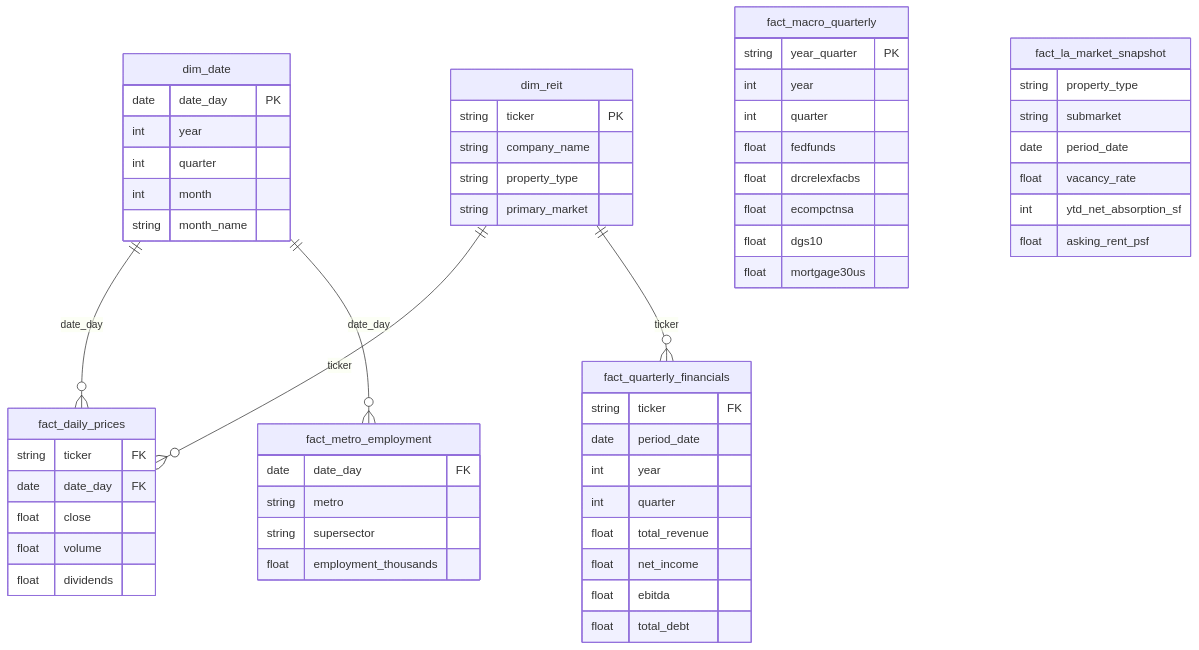
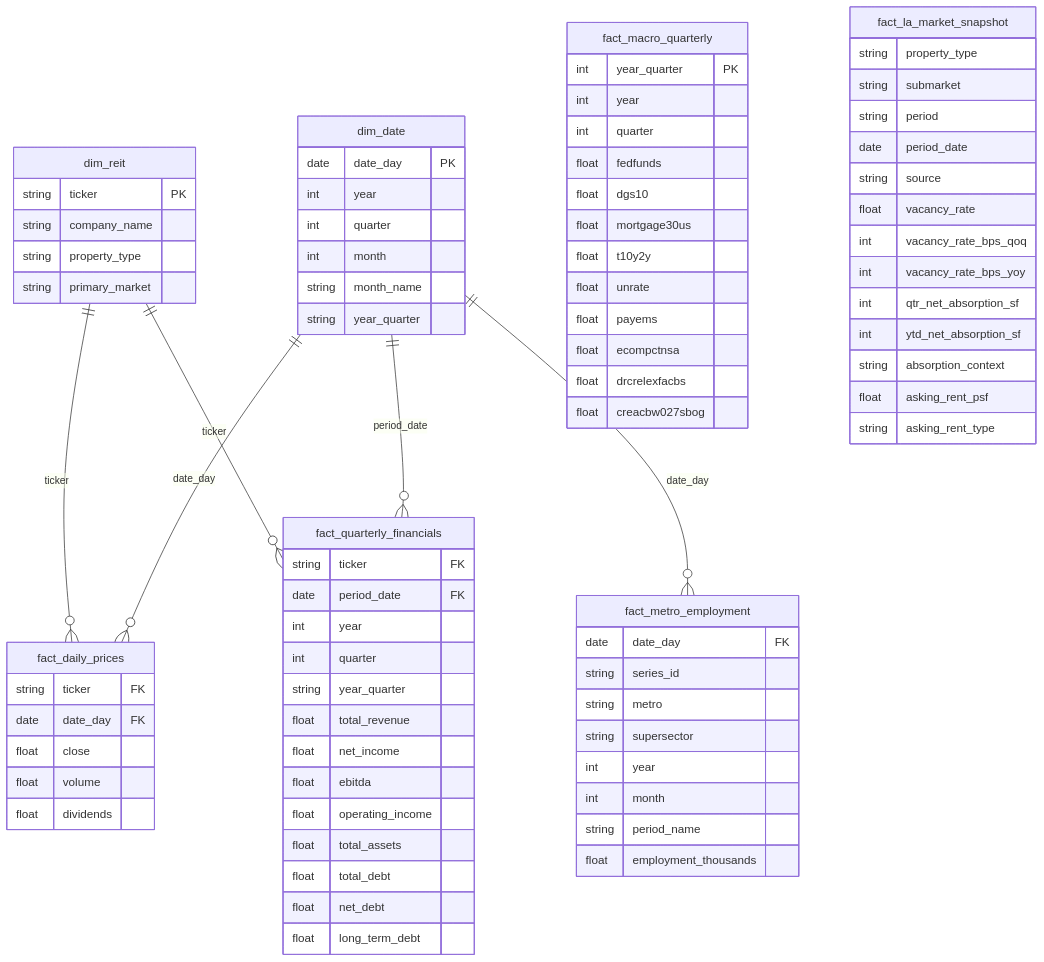
One commit to quinnmedak/operations-analyst-realestate changed the second of 2 diagrams in README.md. Above: the diagram before and after it, drawn with Mermaid. The commit also changed other lines of this file, not shown here.

Commit message:
docs: update README with accurate ERD, live dashboard URL, and wiki count
- Fix ERD: add missing dim_date → fact_quarterly_financials relationship, complete all fact table column lists from actual dbt SQL
- Add live dashboard URL: https://commercial-real-estate-analytics.streamlit.app/
- Update knowledge base wiki count from 7 to 9 pages in pipeline diagram, KB section, and repo structure
- Update key insights descriptive to reflect JLL Property Clock bottoming out positioning

````diff
--- a/README.md
+++ b/README.md
@@ -56,6 +56,7 @@
         int quarter
         int month
         string month_name
+        string year_quarter
     }
     dim_reit {
         string ticker PK
@@ -72,41 +73,62 @@
     }
     fact_quarterly_financials {
         string ticker FK
-        date period_date
+        date period_date FK
         int year
         int quarter
+        string year_quarter
         float total_revenue
         float net_income
         float ebitda
+        float operating_income
+        float total_assets
         float total_debt
+        float net_debt
+        float long_term_debt
     }
     fact_macro_quarterly {
-        string year_quarter PK
+        int year_quarter PK
         int year
         int quarter
         float fedfunds
-        float drcrelexfacbs
-        float ecompctnsa
         float dgs10
         float mortgage30us
+        float t10y2y
+        float unrate
+        float payems
+        float ecompctnsa
+        float drcrelexfacbs
+        float creacbw027sbog
     }
     fact_metro_employment {
         date date_day FK
+        string series_id
         string metro
         string supersector
+        int year
+        int month
+        string period_name
         float employment_thousands
     }
     fact_la_market_snapshot {
         string property_type
         string submarket
+        string period
         date period_date
+        string source
         float vacancy_rate
+        int vacancy_rate_bps_qoq
+        int vacancy_rate_bps_yoy
+        int qtr_net_absorption_sf
         int ytd_net_absorption_sf
+        string absorption_context
         float asking_rent_psf
+        string asking_rent_type
     }
 
     dim_reit ||--o{ fact_daily_prices : "ticker"
     dim_reit ||--o{ fact_quarterly_financials : "ticker"
     dim_date ||--o{ fact_daily_prices : "date_day"
+    dim_date ||--o{ fact_quarterly_financials : "period_date"
     dim_date ||--o{ fact_metro_employment : "date_day"
 ```
````
